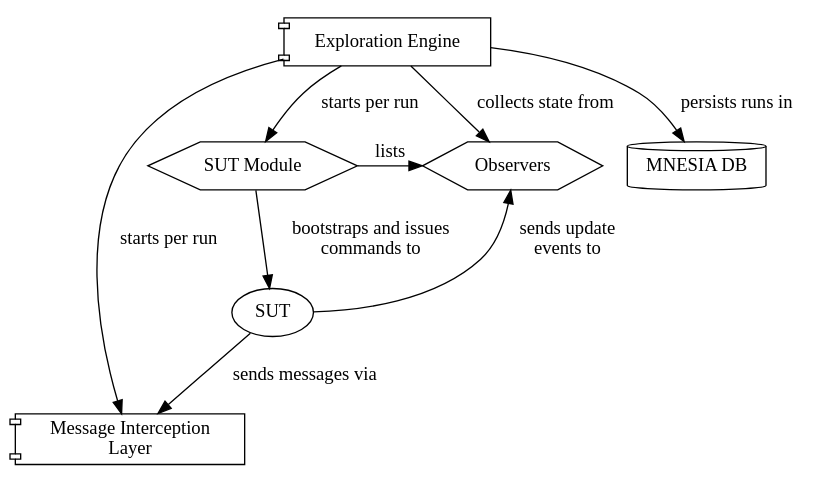
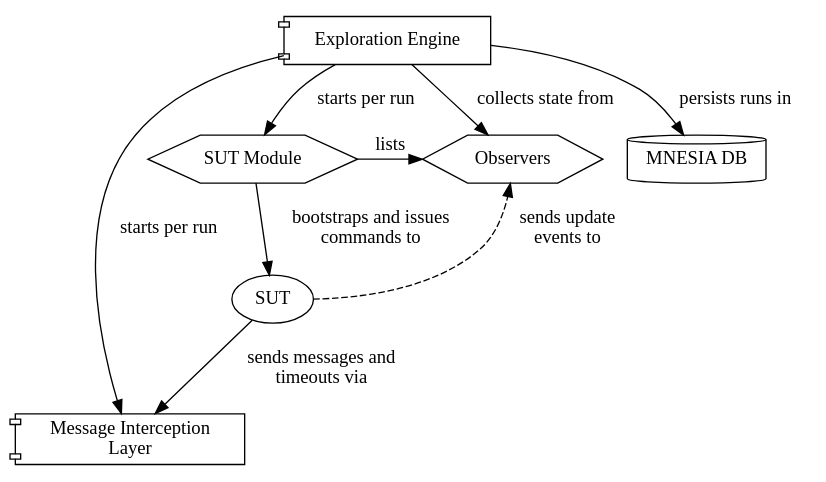
Before and after one commit to Heimdall-message-interception-framework/heimdall: the diagram in mil_overview.dot, drawn with Graphviz. The commit also changed 1 other file, not shown here.

Commit message:
continue readme and update dot graph

```diff
--- a/mil_overview.dot
+++ b/mil_overview.dot
@@ -1,22 +1,22 @@
 digraph MIL_overview {
     rankdir="TB"
     ratio=0.6
     ee [shape="component", label="Exploration Engine"];
     mil [label="Message Interception\nLayer" shape="component"];
     o [label="Observers" shape="hexagon"];
     sut [label="SUT" shape="ellipse"];
     sm [label="SUT Module" shape="hexagon"];
     db [label="MNESIA DB", shape="cylinder"];
     subgraph {
         rank = "same";
         sm; o;
     }
     ee -> mil [label="starts per run"];
     ee -> {sm} [label="starts per run"];
     ee -> o [label="collects state from"]
     sm -> sut [label="bootstraps and issues\ncommands to"];
-    sut -> o [label="sends update\nevents to"];
+    sut -> o [label="sends update\nevents to", style="dashed"];
     sm -> o [label="lists"];
-    sut -> mil [label="sends messages via"];
+    sut -> mil [label="sends messages and\ntimeouts via"];
     ee -> db [label="persists runs in"];
 }
```
